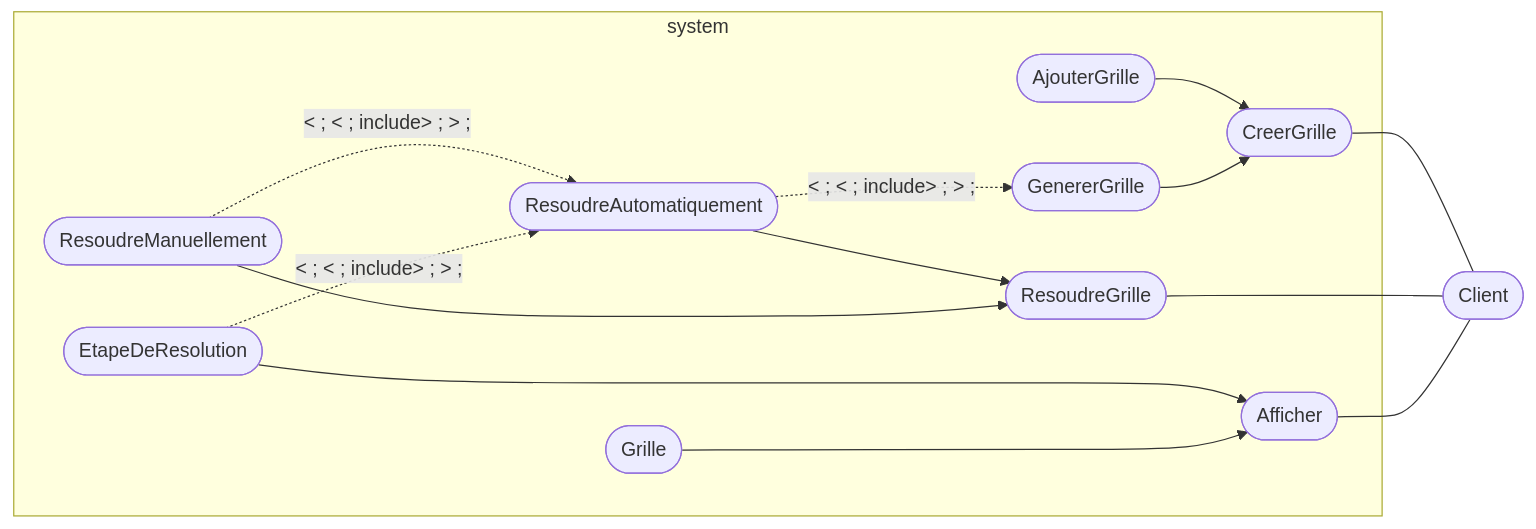
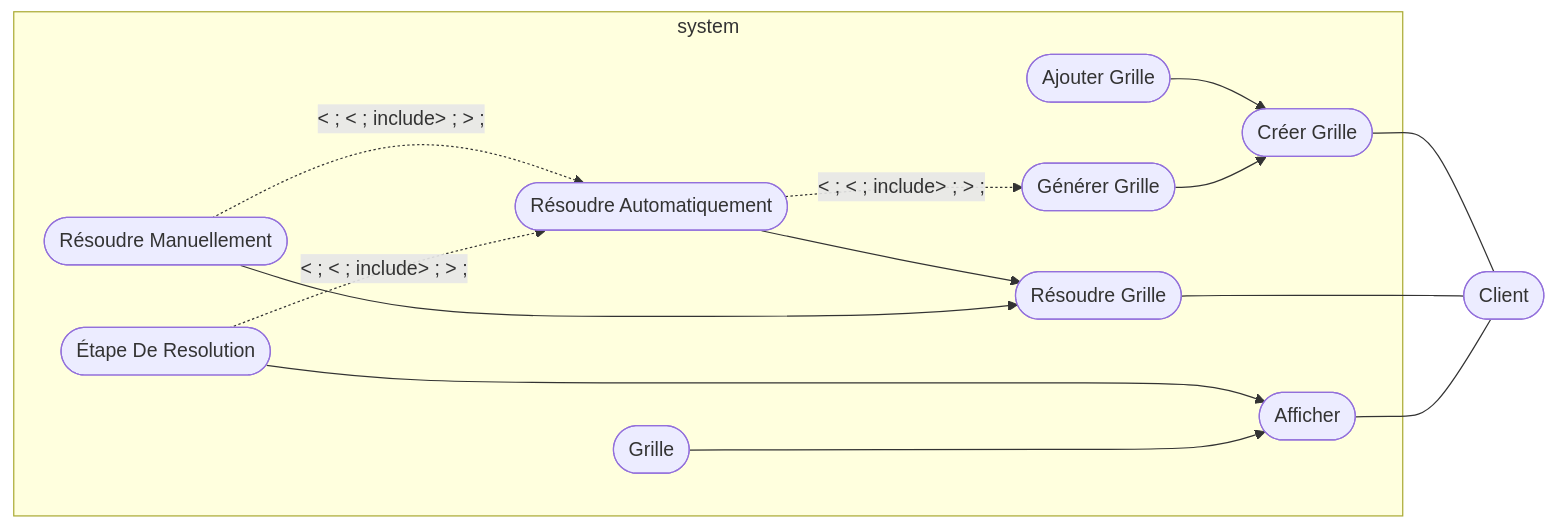
Before and after one commit to FlashOnFire/SUUUUUUUUUUUudoku: the first of 4 diagrams in README.md, drawn with Mermaid. The commit also changed other lines of this file, not shown here.

````diff
--- a/README.md
+++ b/README.md
@@ -83,22 +83,22 @@
 ```mermaid
 flowchart LR
     subgraph system["system"]
-        B(["CreerGrille"])
-        C(["AjouterGrille"])
-        D(["GenererGrille"])
-        G(["ResoudreAutomatiquement"])
-        E(["ResoudreGrille"])
-        F(["ResoudreManuellement"])
-        I(["EtapeDeResolution"])
+        B(["Créer Grille"])
+        C(["Ajouter Grille"])
+        D(["Générer Grille"])
+        G(["Résoudre Automatiquement"])
+        E(["Résoudre Grille"])
+        F(["Résoudre Manuellement"])
+        I(["Étape De Resolution"])
         H(["Afficher"])
         J(["Grille"])
     end
     B & E & H --- A(["Client"])
     G --> E
     C & D --> B
     F --> E
     I & J ---> H
     F -. &lt ; &lt ; include&gt ; &gt ; .-> G
 I -. &lt ; &lt ; include&gt ; &gt ; .-> G
 G -. &lt ; &lt ; include&gt ; &gt ; .-> D
 ```
````
